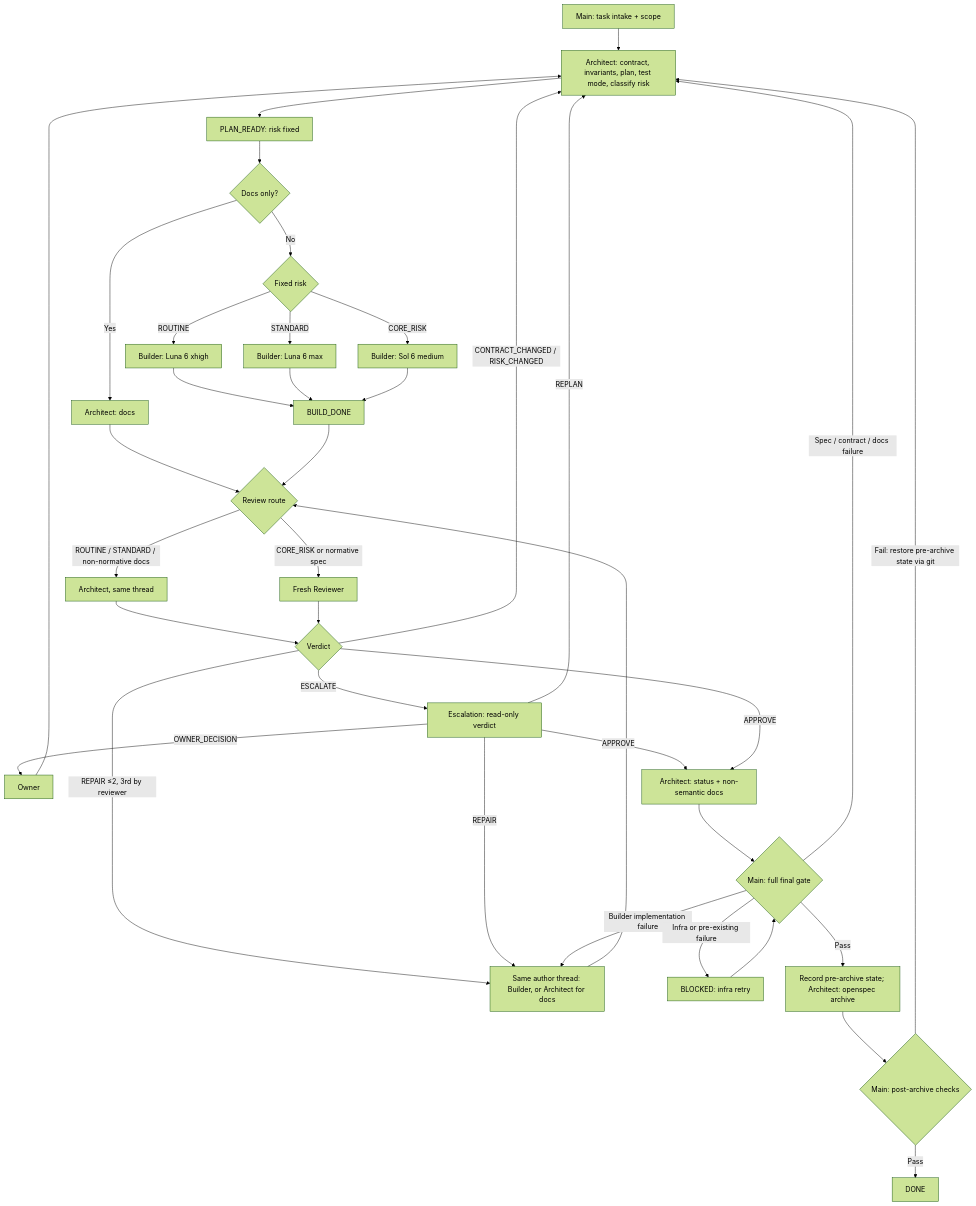
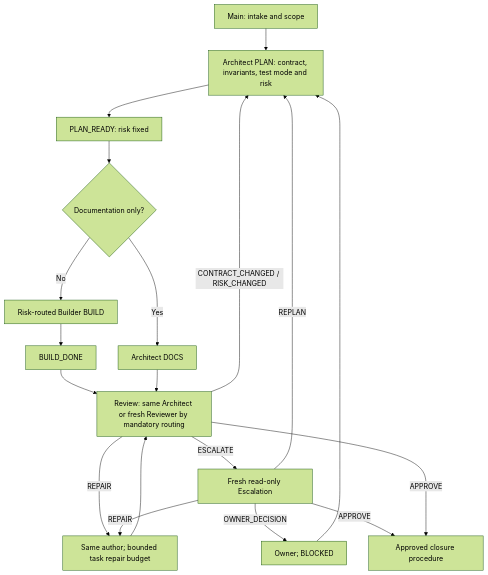
Before and after one commit to StanislavMalinovskiy/crypto-research-core: the diagram in docs/AGENT_WORKFLOW_MULTIAGENT.md, drawn with Mermaid (forest theme). The commit also changed other lines of this file and 31 other files, not shown here.

First line of the commit message:
**doc(openspec): add multi-agent closure and archive procedure**

````diff
--- a/docs/AGENT_WORKFLOW_MULTIAGENT.md
+++ b/docs/AGENT_WORKFLOW_MULTIAGENT.md
@@ -155,39 +156,21 @@
 ```mermaid
 flowchart TD
-  A["Main: task intake + scope"] --> B["Architect: contract, invariants, plan, test mode, classify risk"]
+  A["Main: intake and scope"] --> B["Architect PLAN: contract, invariants, test mode and risk"]
   B --> C["PLAN_READY: risk fixed"]
-  C --> D{"Docs only?"}
-  D -->|"Yes"| E["Architect: docs"]
-  D -->|"No"| R{"Fixed risk"}
-  R -->|"ROUTINE"| F1["Builder: Luna 6 xhigh"]
-  R -->|"STANDARD"| F2["Builder: Luna 6 max"]
-  R -->|"CORE_RISK"| F3["Builder: Sol 6 medium"]
-  F1 --> G["BUILD_DONE"]
-  F2 --> G
-  F3 --> G
-  E --> H{"Review route"}
-  G --> H
-  H -->|"ROUTINE / STANDARD / non-normative docs"| J["Architect, same thread"]
-  H -->|"CORE_RISK or normative spec"| K["Fresh Reviewer"]
-  J --> L{"Verdict"}
-  K --> L
-  L -->|"REPAIR ≤2, 3rd by reviewer"| SB["Same author thread: Builder, or Architect for docs"]
-  SB --> H
-  L -->|"CONTRACT_CHANGED / RISK_CHANGED"| B
-  L -->|"ESCALATE"| N["Escalation: read-only verdict"]
-  N -->|"REPAIR"| SB
-  N -->|"REPLAN"| B
-  N -->|"OWNER_DECISION"| OW["Owner"]
-  OW --> B
-  N -->|"APPROVE"| O
-  L -->|"APPROVE"| O["Architect: status + non-semantic docs"]
-  O --> P{"Main: full final gate"}
-  P -->|"Builder implementation failure"| SB
-  P -->|"Spec / contract / docs failure"| B
-  P -->|"Infra or pre-existing failure"| BL["BLOCKED: infra retry"]
-  BL --> P
-  P -->|"Pass"| AR["Record pre-archive state; Architect: openspec archive"]
-  AR --> PA{"Main: post-archive checks"}
-  PA -->|"Fail: restore pre-archive state via git"| B
-  PA -->|"Pass"| Q["DONE"]
+  C --> D{"Documentation only?"}
+  D -->|"Yes"| E["Architect DOCS"]
+  D -->|"No"| F["Risk-routed Builder BUILD"]
+  F --> G["BUILD_DONE"]
+  G --> H["Review: same Architect or fresh Reviewer by mandatory routing"]
+  E --> H
+  H -->|"REPAIR"| I["Same author; bounded task repair budget"]
+  I --> H
+  H -->|"CONTRACT_CHANGED / RISK_CHANGED"| B
+  H -->|"ESCALATE"| J["Fresh read-only Escalation"]
+  J -->|"REPAIR"| I
+  J -->|"REPLAN"| B
+  J -->|"OWNER_DECISION"| K["Owner; BLOCKED"]
+  K --> B
+  J -->|"APPROVE"| L["Approved closure procedure"]
+  H -->|"APPROVE"| L
 ```
````
